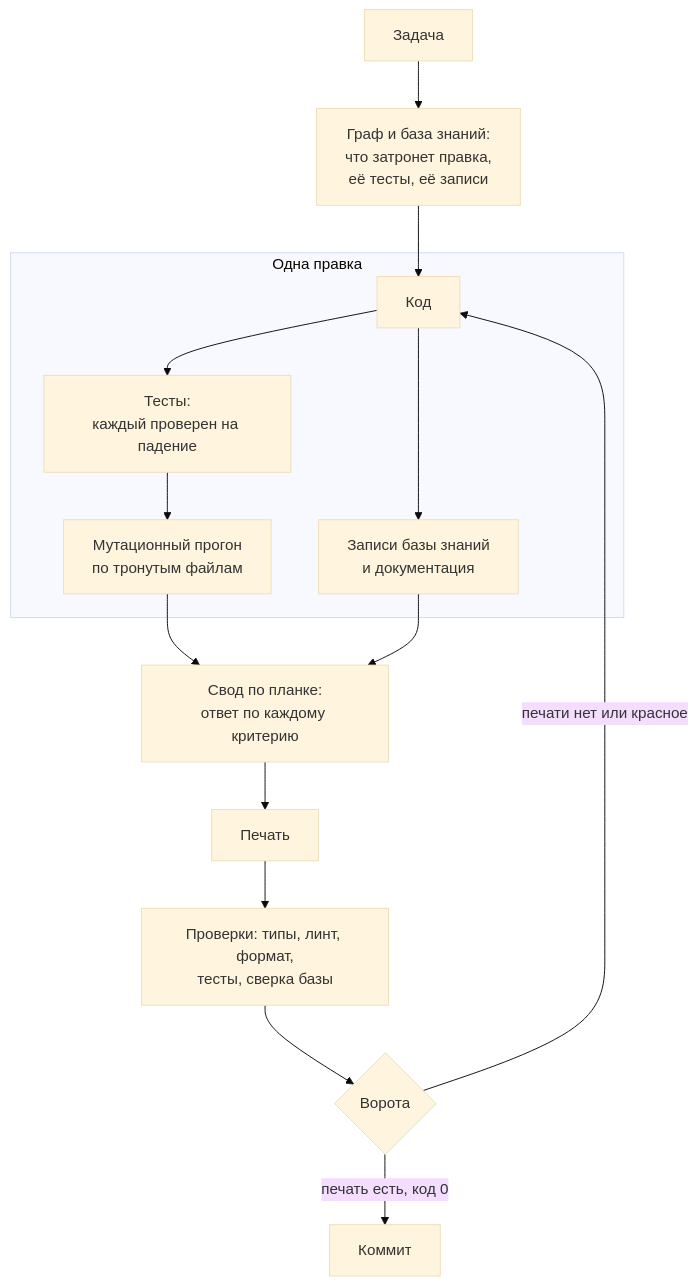
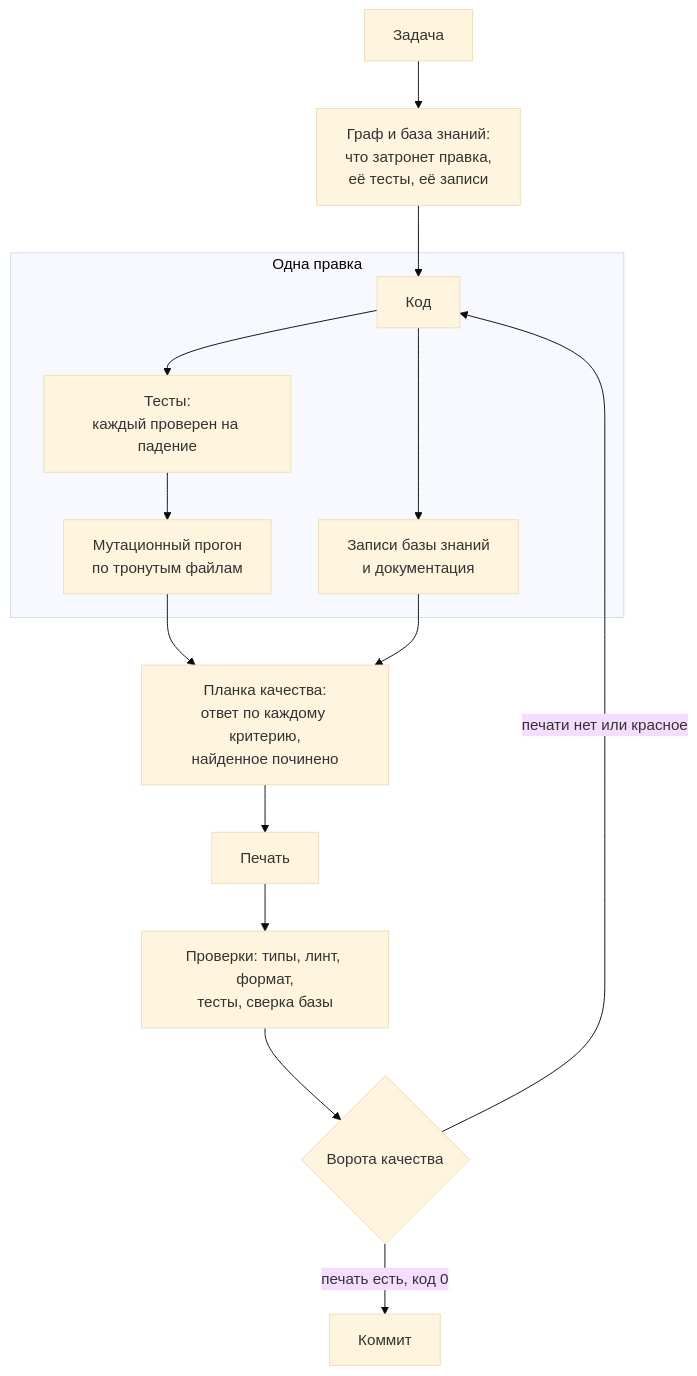
The first of 2 diagrams in README.ru.md (Igor-lx/claudeHarness), drawn with Mermaid (base theme) before and after one commit. The commit also changed other lines of this file and 1 other file, not shown here.

````diff
--- a/README.ru.md
+++ b/README.ru.md
@@ -96,17 +172,17 @@
 ```mermaid
 flowchart TD
   A[Задача] --> B["Граф и база знаний:<br>что затронет правка,<br>её тесты, её записи"]
   B --> C[Код]
   subgraph edit [Одна правка]
     C --> T["Тесты:<br>каждый проверен на падение"]
     C --> R["Записи базы знаний<br>и документация"]
     T --> M["Мутационный прогон<br>по тронутым файлам"]
   end
-  M --> P["Свод по планке:<br>ответ по каждому критерию"]
+  M --> P["Планка качества:<br>ответ по каждому критерию,<br>найденное починено"]
   R --> P
   P --> S[Печать]
   S --> K["Проверки: типы, линт, формат,<br>тесты, сверка базы"]
-  K --> G{Ворота}
+  K --> G{Ворота качества}
   G -- "печать есть, код 0" --> H[Коммит]
   G -- "печати нет или красное" --> C
 ```
````
